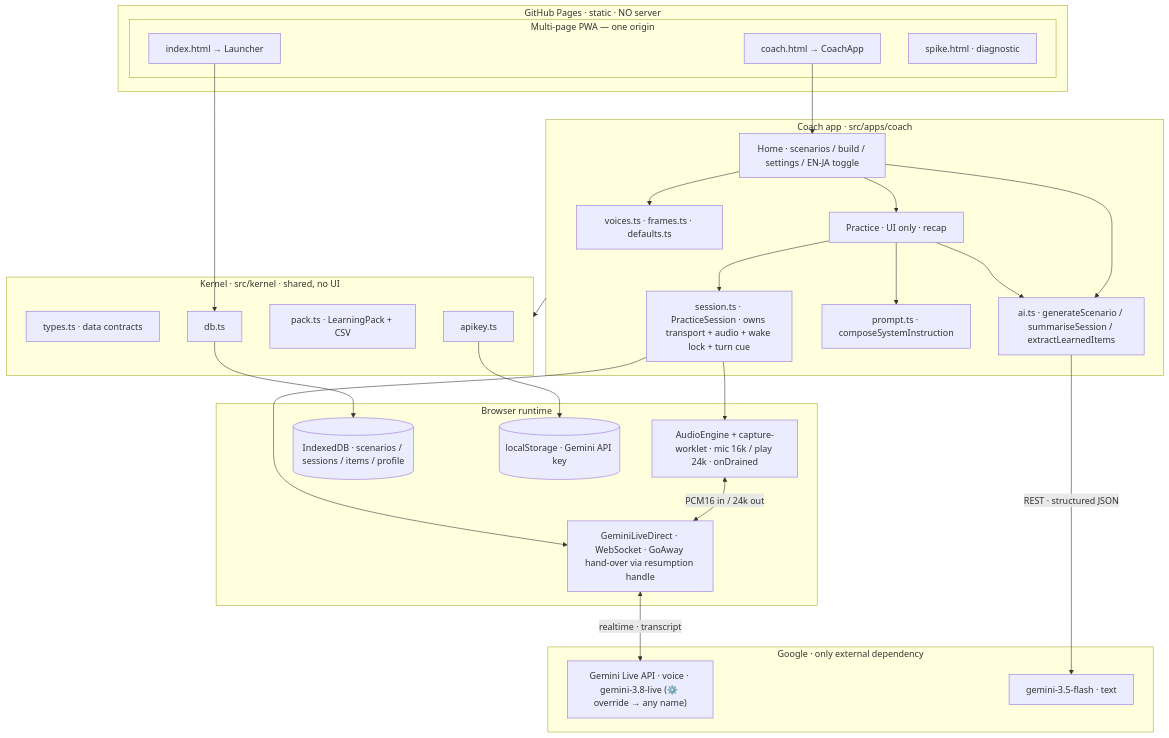
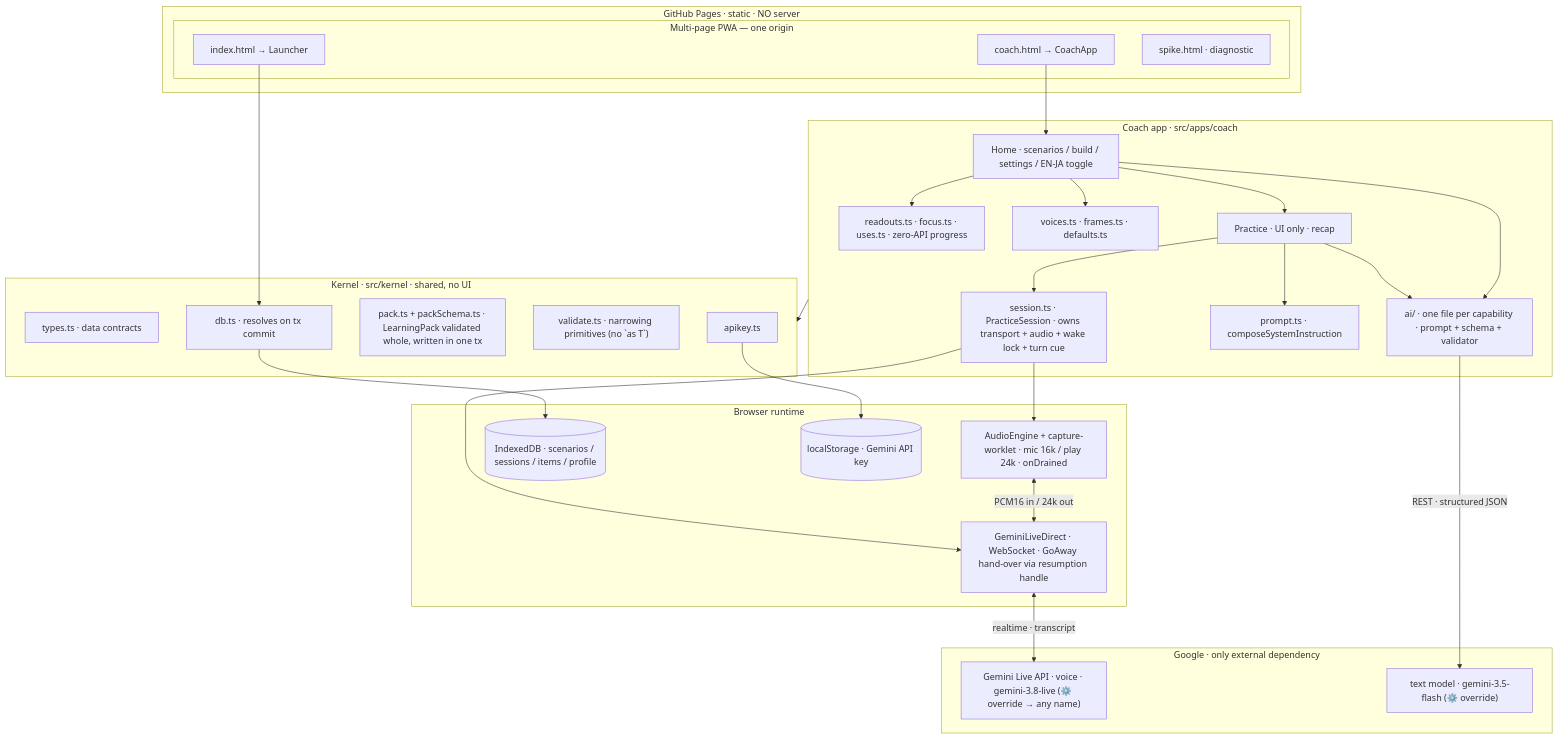
Before and after one commit to ZeroAlcoholic/eng-coach: the first of 3 diagrams in ARCHITECTURE.md, drawn with Mermaid. The commit also changed other lines of this file and 19 other files, not shown here.

````diff
--- a/ARCHITECTURE.md
+++ b/ARCHITECTURE.md
@@ -9,50 +9,52 @@
 ```mermaid
 flowchart TB
   subgraph Host["GitHub Pages · static · NO server"]
     subgraph Pages["Multi-page PWA — one origin"]
       L["index.html → Launcher"]
       C["coach.html → CoachApp"]
       Sp["spike.html · diagnostic"]
     end
   end
 
   subgraph Coach["Coach app · src/apps/coach"]
     Home["Home · scenarios / build / settings / EN-JA toggle"]
     Practice["Practice · UI only · recap"]
     Session["session.ts · PracticeSession · owns transport + audio + wake lock + turn cue"]
     Prompt["prompt.ts · composeSystemInstruction"]
-    AI["ai.ts · generateScenario / summariseSession / extractLearnedItems"]
+    AI["ai/ · one file per capability · prompt + schema + validator"]
+    Readouts["readouts.ts · focus.ts · uses.ts · zero-API progress"]
     Content["voices.ts · frames.ts · defaults.ts"]
   end
 
   subgraph Kernel["Kernel · src/kernel · shared, no UI"]
     Types["types.ts · data contracts"]
-    DB["db.ts"]
-    Pack["pack.ts · LearningPack + CSV"]
+    DB["db.ts · resolves on tx commit"]
+    Pack["pack.ts + packSchema.ts · LearningPack validated whole, written in one tx"]
+    Validate["validate.ts · narrowing primitives (no `as T`)"]
     Key["apikey.ts"]
   end
 
   subgraph Runtime["Browser runtime"]
     Audio["AudioEngine + capture-worklet · mic 16k / play 24k · onDrained"]
     Direct["GeminiLiveDirect · WebSocket · GoAway hand-over via resumption handle"]
     IDB[("IndexedDB · scenarios / sessions / items / profile")]
     LS[("localStorage · Gemini API key")]
   end
 
   subgraph Ext["Google · only external dependency"]
     Live["Gemini Live API · voice · gemini-3.8-live (⚙️ override → any name)"]
-    Flash["gemini-3.5-flash · text"]
+    Flash["text model · gemini-3.5-flash (⚙️ override)"]
   end
 
   C --> Home --> Practice
   Practice --> Prompt & AI & Session
   Session --> Audio & Direct
-  Home --> AI & Content
+  Home --> AI & Content & Readouts
   Coach --> Kernel
   DB --> IDB
   Key --> LS
   Audio <-->|"PCM16 in / 24k out"| Direct
   Direct <-->|"realtime · transcript"| Live
   AI -->|"REST · structured JSON"| Flash
   L --> DB
 ```
````
